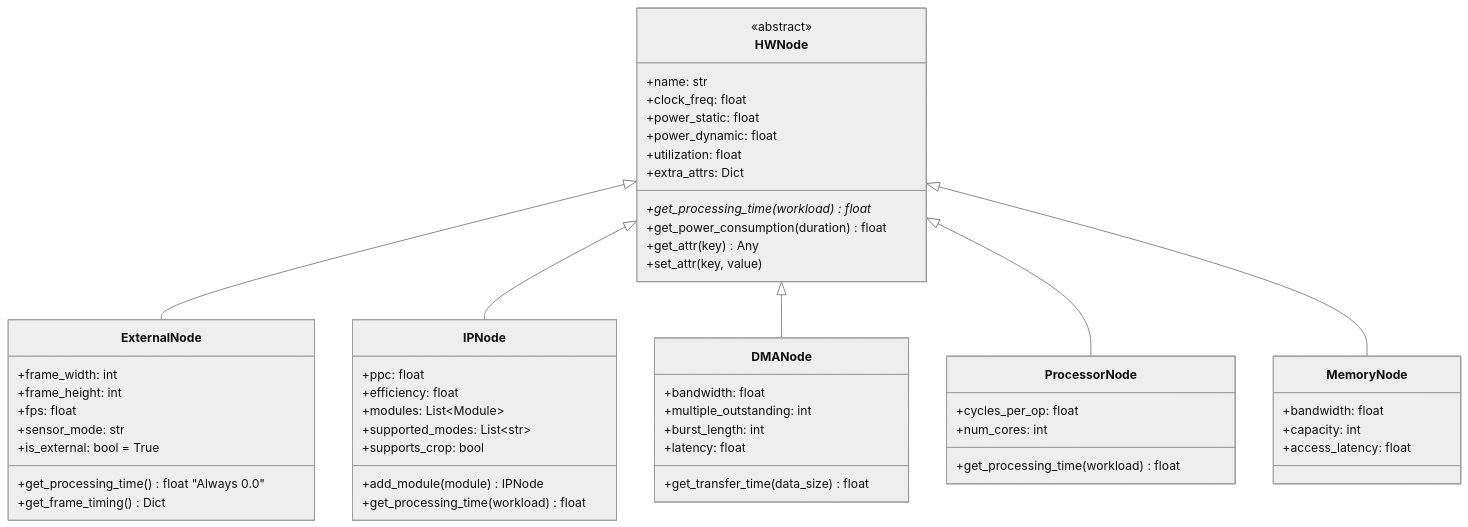
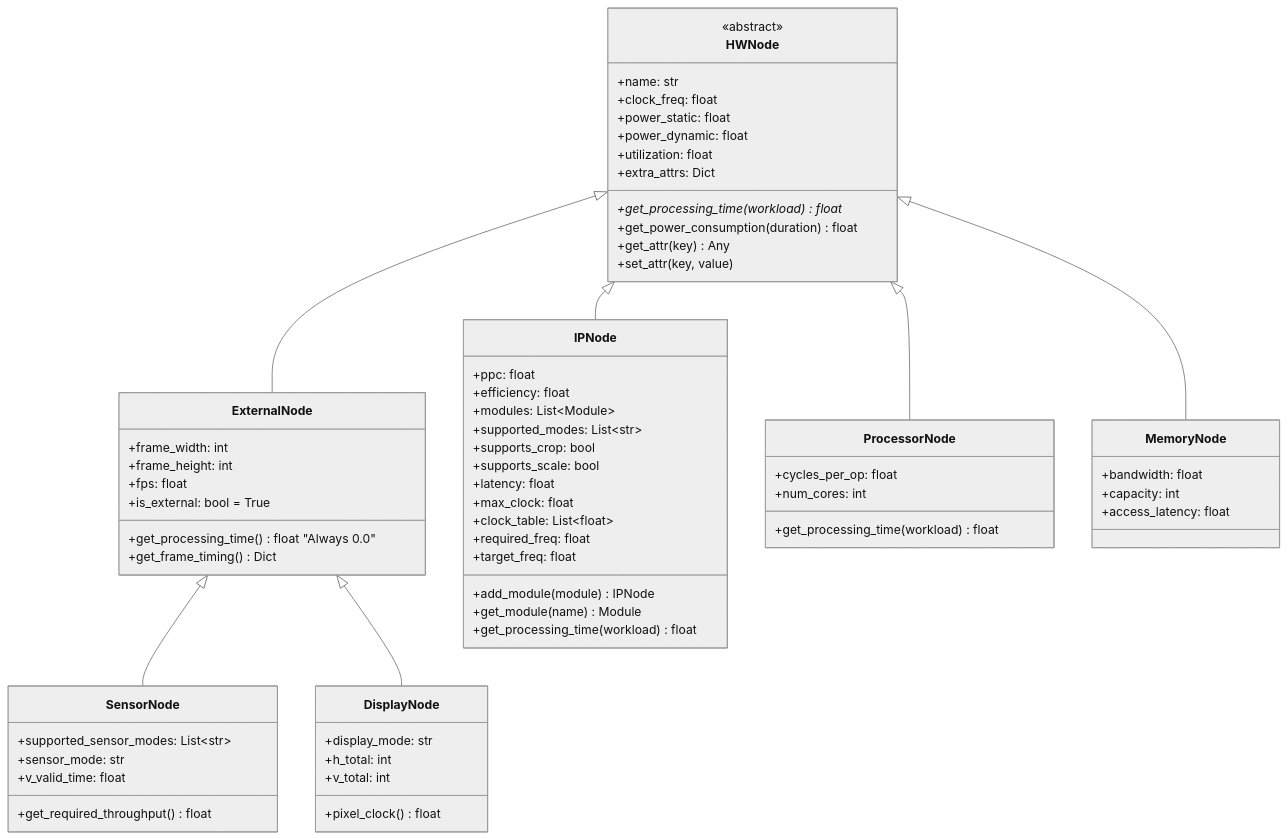
Before and after one commit to younghwan78/IP_Scenario_Simulator: the third of 9 diagrams in DESIGN.md, drawn with Mermaid (neutral theme). The commit also changed other lines of this file and 13 other files, not shown here.

````diff
--- a/DESIGN.md
+++ b/DESIGN.md
@@ -116,62 +116,75 @@
 ```mermaid
 classDiagram
     class HWNode {
         <<abstract>>
         +name: str
         +clock_freq: float
         +power_static: float
         +power_dynamic: float
         +utilization: float
         +extra_attrs: Dict
         +get_processing_time(workload)* float
         +get_power_consumption(duration) float
         +get_attr(key) Any
         +set_attr(key, value)
     }
 
     class ExternalNode {
         +frame_width: int
         +frame_height: int
         +fps: float
-        +sensor_mode: str
         +is_external: bool = True
         +get_processing_time() float "Always 0.0"
         +get_frame_timing() Dict
+    }
+
+    class SensorNode {
+        +supported_sensor_modes: List~str~
+        +sensor_mode: str
+        +v_valid_time: float
+        +get_required_throughput() float
+    }
+
+    class DisplayNode {
+        +display_mode: str
+        +h_total: int
+        +v_total: int
+        +pixel_clock() float
     }
 
     class IPNode {
         +ppc: float
         +efficiency: float
         +modules: List~Module~
         +supported_modes: List~str~
         +supports_crop: bool
+        +supports_scale: bool
+        +latency: float
+        +max_clock: float
+        +clock_table: List~float~
+        +required_freq: float
+        +target_freq: float
         +add_module(module) IPNode
+        +get_module(name) Module
         +get_processing_time(workload) float
-    }
-
-    class DMANode {
-        +bandwidth: float
-        +multiple_outstanding: int
-        +burst_length: int
-        +latency: float
-        +get_transfer_time(data_size) float
     }
 
     class ProcessorNode {
         +cycles_per_op: float
         +num_cores: int
         +get_processing_time(workload) float
     }
 
     class MemoryNode {
         +bandwidth: float
         +capacity: int
         +access_latency: float
     }
 
     HWNode <|-- ExternalNode
+    ExternalNode <|-- SensorNode
+    ExternalNode <|-- DisplayNode
     HWNode <|-- IPNode
-    HWNode <|-- DMANode
     HWNode <|-- ProcessorNode
     HWNode <|-- MemoryNode
 ```
````
